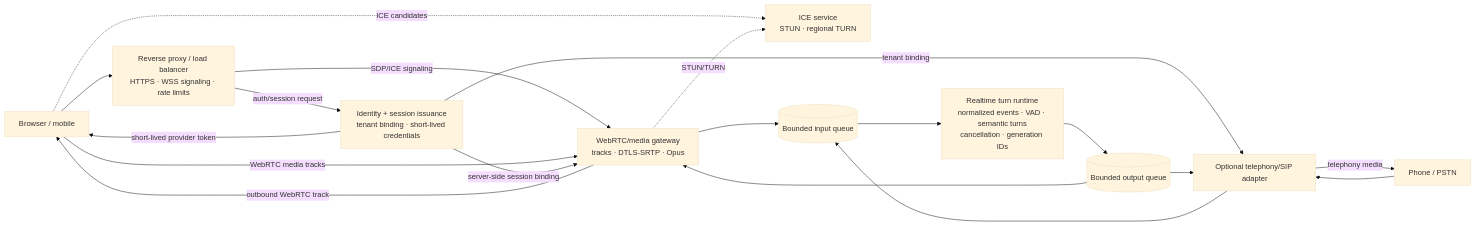
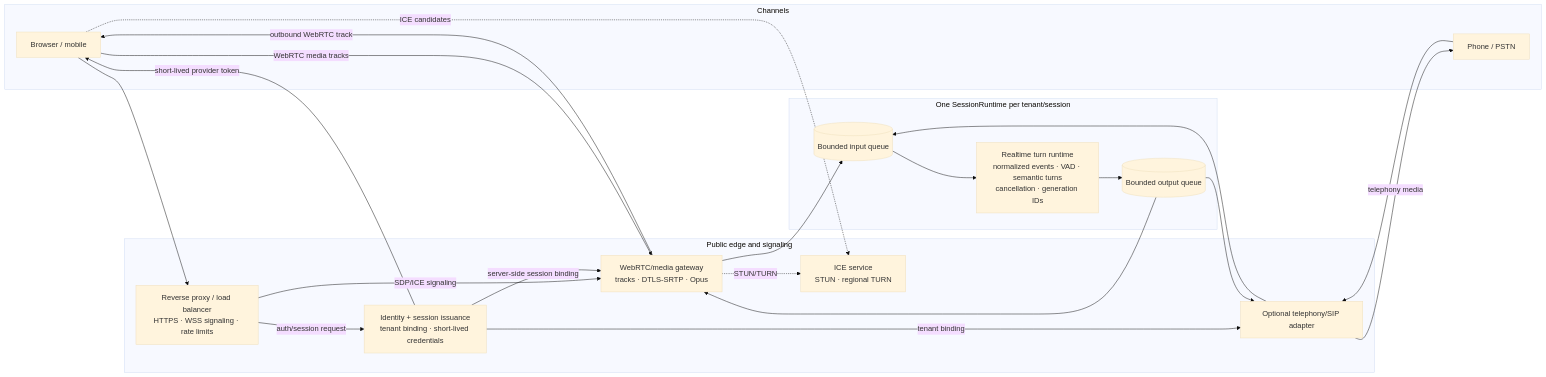
One commit to d-schneid/voice-agents changed the first of 3 diagrams in docs/voice-agent-architecture-print-diagrams.md. Above: the diagram before and after it, drawn with Mermaid (base theme). The commit also changed other lines of this file, not shown here.

Commit message:
Preserve canonical diagram groupings

````diff
--- a/docs/voice-agent-architecture-print-diagrams.md
+++ b/docs/voice-agent-architecture-print-diagrams.md
@@ -10,32 +10,40 @@
 ```mermaid
 flowchart LR
-    B[Browser / mobile]
-    PH[Phone / PSTN]
-    G[Reverse proxy / load balancer<br/>HTTPS · WSS signaling · rate limits]
-    ID[Identity + session issuance<br/>tenant binding · short-lived credentials]
-    ICE[ICE service<br/>STUN · regional TURN]
-    AD[WebRTC/media gateway<br/>tracks · DTLS-SRTP · Opus]
-    TEL[Optional telephony/SIP adapter]
-    IQ[(Bounded input queue)]
-    RT[Realtime turn runtime<br/>normalized events · VAD · semantic turns<br/>cancellation · generation IDs]
-    OQ[(Bounded output queue)]
+    subgraph CLIENTS[Channels]
+        B[Browser / mobile]
+        PH[Phone / PSTN]
+    end
+
+    subgraph EDGE[Public edge and signaling]
+        G[Reverse proxy / load balancer<br/>HTTPS · WSS signaling · rate limits]
+        ID[Identity + session issuance<br/>tenant binding · short-lived credentials]
+        ICE[ICE service<br/>STUN · regional TURN]
+        AD[WebRTC/media gateway<br/>tracks · DTLS-SRTP · Opus]
+        TEL[Optional telephony/SIP adapter]
+    end
+
+    subgraph RUNTIME[One SessionRuntime per tenant/session]
+        IQ[(Bounded input queue)]
+        RT[Realtime turn runtime<br/>normalized events · VAD · semantic turns<br/>cancellation · generation IDs]
+        OQ[(Bounded output queue)]
+    end
 
     B --> G
     G -->|auth/session request| ID
     ID -->|short-lived provider token| B
     G -->|SDP/ICE signaling| AD
     B -->|WebRTC media tracks| AD
     B -.->|ICE candidates| ICE
     AD -.->|STUN/TURN| ICE
     ID -->|server-side session binding| AD
     PH --> TEL
     ID -->|tenant binding| TEL
     AD --> IQ
     TEL --> IQ
     IQ --> RT
     RT --> OQ
     OQ --> AD
     AD -->|outbound WebRTC track| B
     OQ --> TEL
     TEL -->|telephony media| PH
 ```
````
